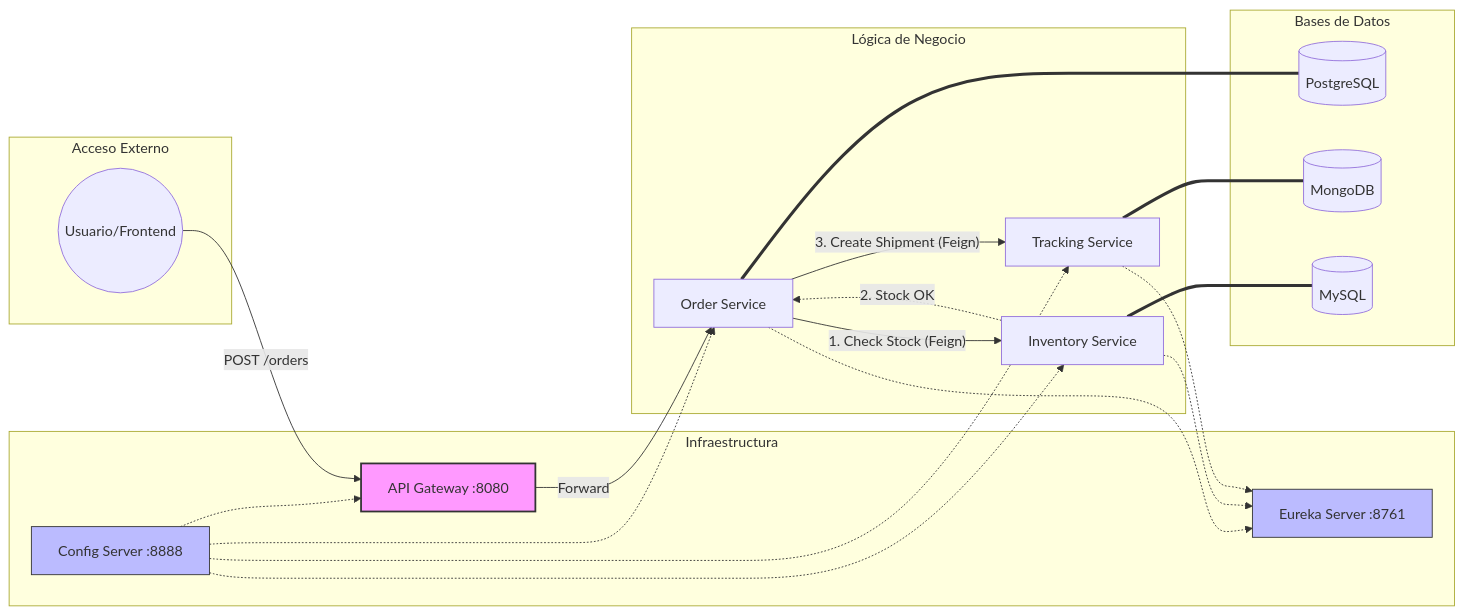
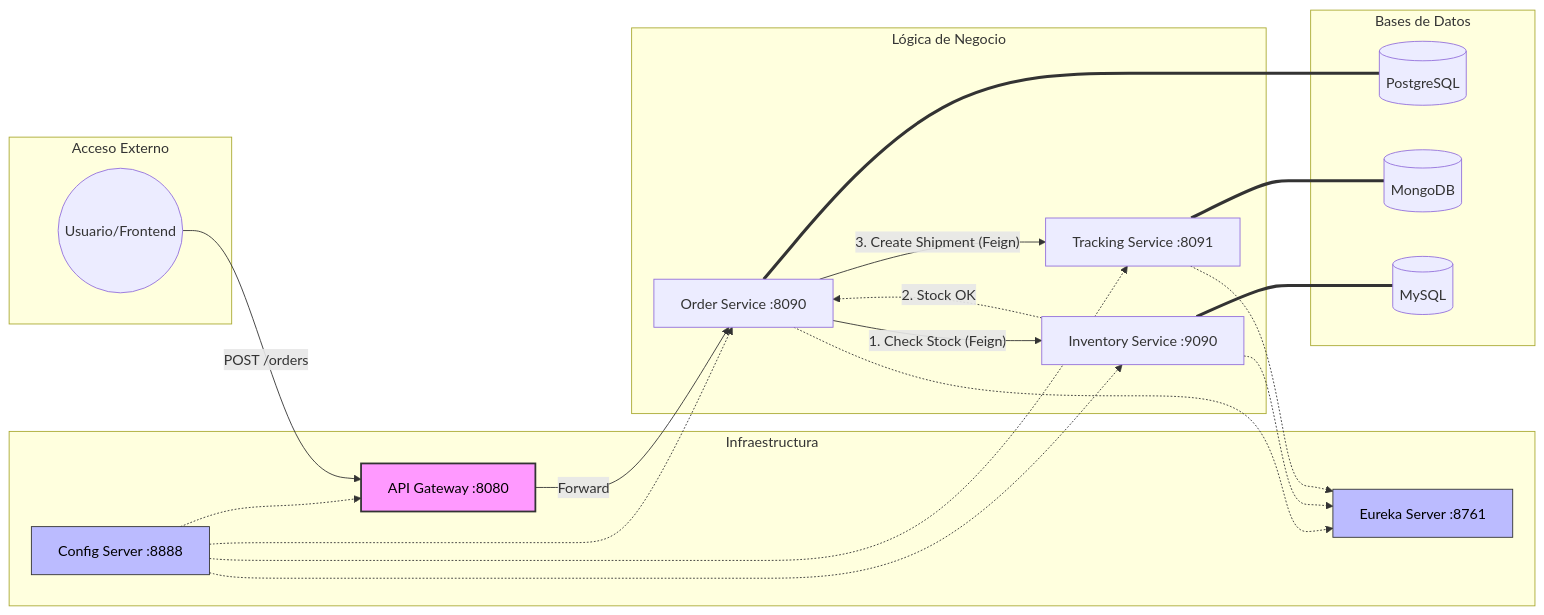
Before and after one commit to kleyner098/StreamLine-Logistics: the diagram in README.md, drawn with Mermaid.

````diff
--- a/README.md
+++ b/README.md
@@ -120,53 +120,53 @@
 ```mermaid
 graph LR;
     subgraph Client_Zone [Acceso Externo]
         User((Usuario/Frontend))
     end
 
     subgraph Infrastructure [Infraestructura]
         Gateway[API Gateway :8080]
         Eureka[Eureka Server :8761]
         Config[Config Server :8888]
     end
 
     subgraph Microservices [Lógica de Negocio]
-        Order[Order Service]
-        Inventory[Inventory Service]
-        Tracking[Tracking Service]
+        Order[Order Service :8090]
+        Inventory[Inventory Service :9090]
+        Tracking[Tracking Service :8091]
     end
 
     subgraph Persistence [Bases de Datos]
         DB1[(PostgreSQL)]
         DB3[(MongoDB)]
         DB2[(MySQL)]
     end
 
     %% Flujo de Configuración
     Config -.-> Gateway
     Config -.-> Order
     Config -.-> Inventory
     Config -.-> Tracking
 
     %% Registro
     Order -.-> Eureka
     Inventory -.-> Eureka
     Tracking -.-> Eureka
 
     %% Flujo de la Petición
     User -->|POST /orders| Gateway
     Gateway -->|Forward| Order
     
     %% Comunicación Feign
     Order -- "1. Check Stock (Feign)" --> Inventory
     Inventory -. "2. Stock OK" .-> Order
     Order -- "3. Create Shipment (Feign)" --> Tracking
     
     %% Almacenamiento
     Order === DB1
     Inventory === DB2
     Tracking === DB3
 
-    style Gateway fill:#f9f,stroke:#333,stroke-width:2px
-    style Eureka fill:#bbf,stroke:#333
-    style Config fill:#bbf,stroke:#333
+    style Gateway color:black,fill:#f9f,stroke:#333,stroke-width:2px
+    style Eureka color:black,fill:#bbf,stroke:#333
+    style Config color:black,fill:#bbf,stroke:#333
 ```
````
